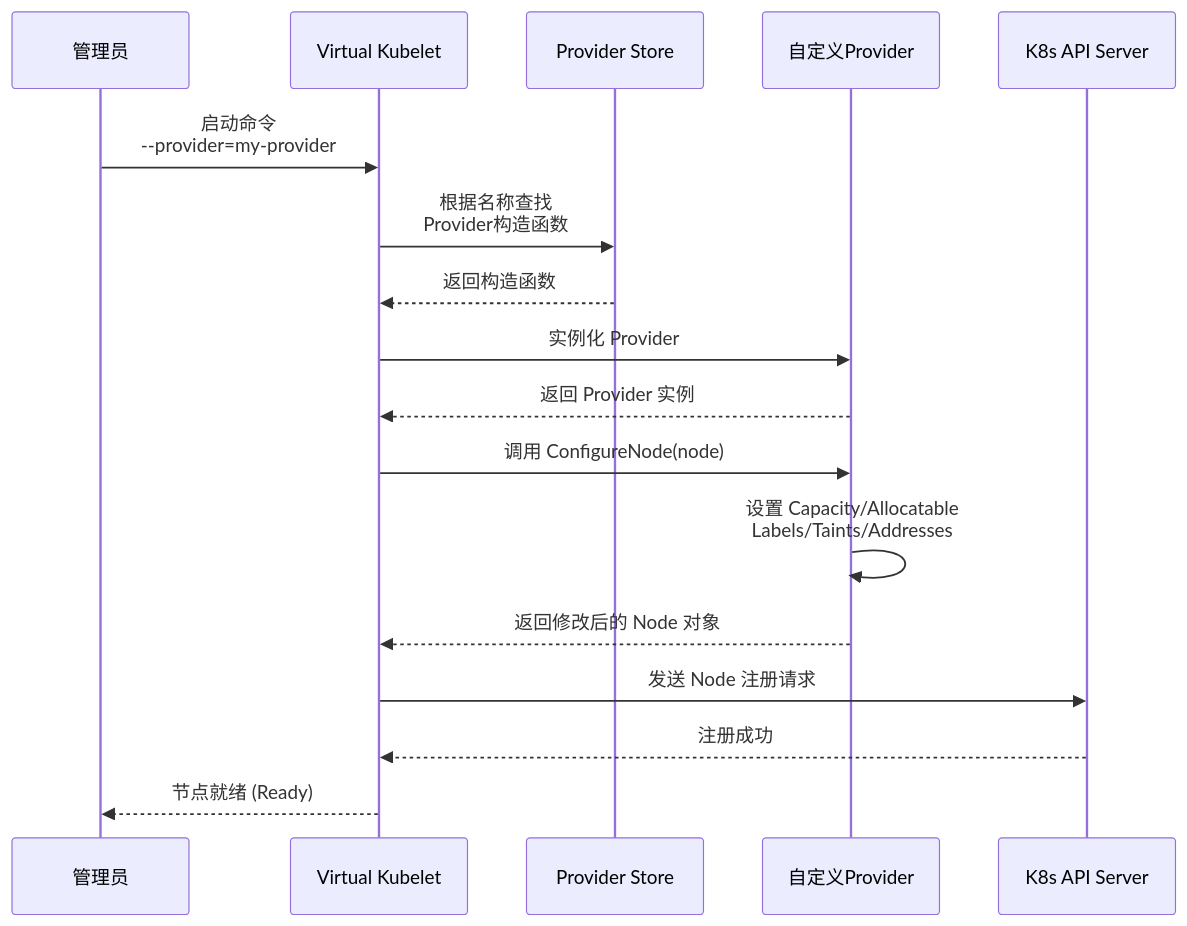
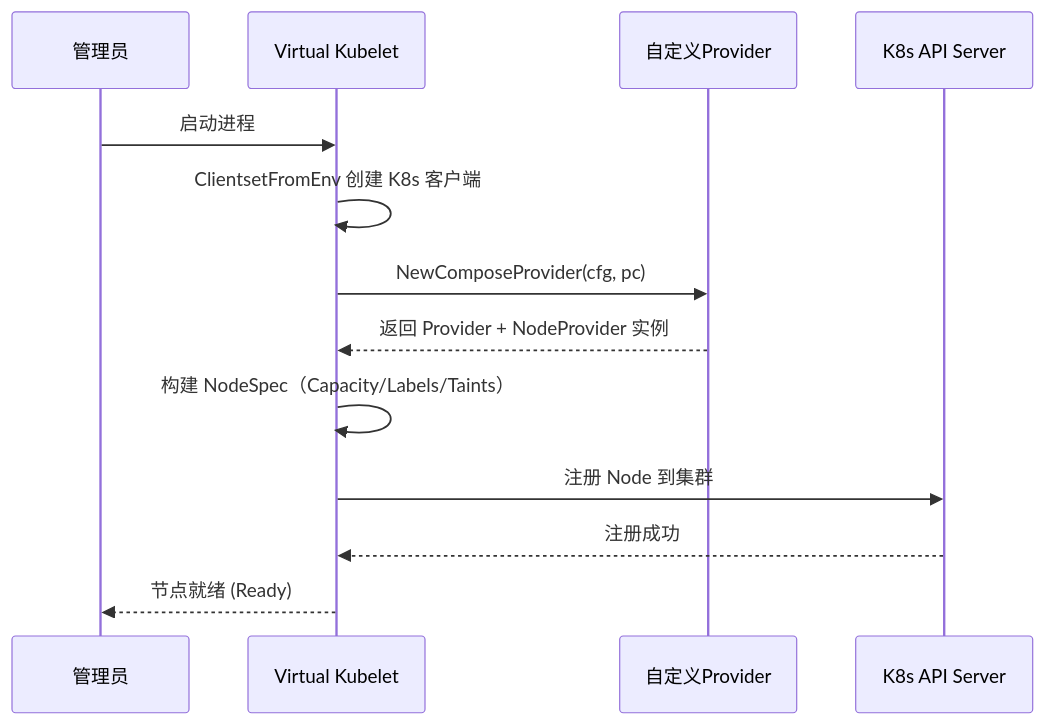
One commit to zgfh/zgfh.github.io changed the third of 7 diagrams in content/docs/k8s/extend/virtual-kubelet-provider.md. Above: the diagram before and after it, drawn with Mermaid. The commit also changed other lines of this file, not shown here.

````diff
--- a/content/docs/k8s/extend/virtual-kubelet-provider.md
+++ b/content/docs/k8s/extend/virtual-kubelet-provider.md
@@ -109,20 +104,16 @@
 ```mermaid
 sequenceDiagram
     participant Admin as 管理员
     participant VK as Virtual Kubelet
-    participant Store as Provider Store
     participant Provider as 自定义Provider
     participant APIServer as K8s API Server
 
-    Admin->>VK: 启动命令<br/>--provider=my-provider
-    VK->>Store: 根据名称查找<br/>Provider构造函数
-    Store-->>VK: 返回构造函数
-    VK->>Provider: 实例化 Provider
-    Provider-->>VK: 返回 Provider 实例
-    VK->>Provider: 调用 ConfigureNode(node)
-    Provider->>Provider: 设置 Capacity/Allocatable<br/>Labels/Taints/Addresses
-    Provider-->>VK: 返回修改后的 Node 对象
-    VK->>APIServer: 发送 Node 注册请求
+    Admin->>VK: 启动进程
+    VK->>VK: ClientsetFromEnv 创建 K8s 客户端
+    VK->>Provider: NewComposeProvider(cfg, pc)
+    Provider-->>VK: 返回 Provider + NodeProvider 实例
+    VK->>VK: 构建 NodeSpec（Capacity/Labels/Taints）
+    VK->>APIServer: 注册 Node 到集群
     APIServer-->>VK: 注册成功
     VK-->>Admin: 节点就绪 (Ready)
 ```
````
